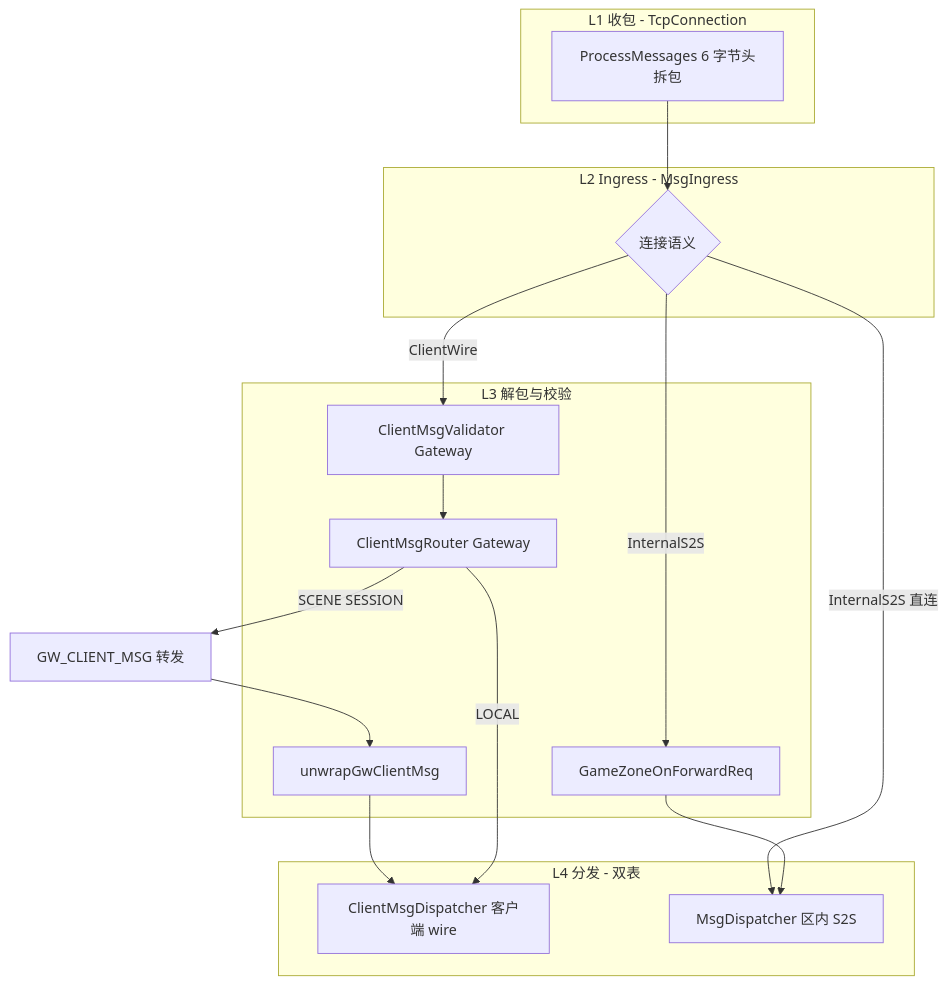
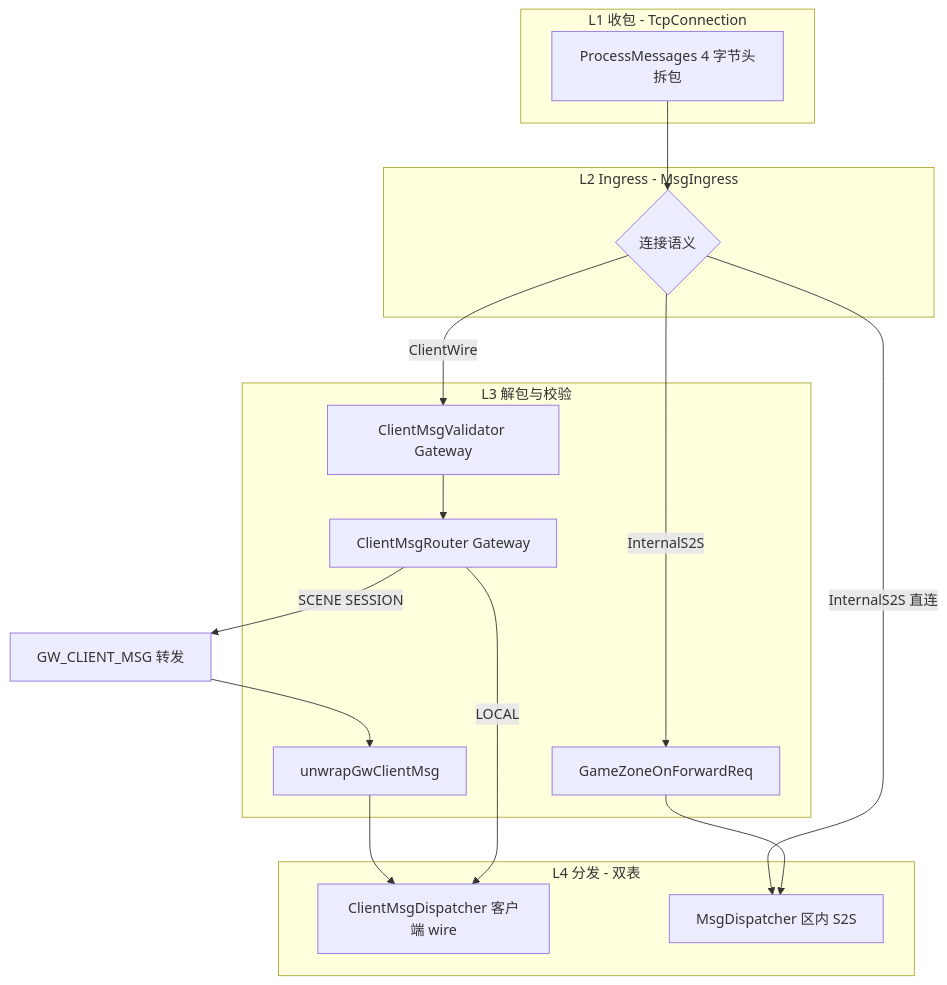
One commit to hechuangguo/RPG_Server changed the third of 6 diagrams in docs/ARCHITECTURE.md. Above: the diagram before and after it, drawn with Mermaid. The commit also changed other lines of this file and 26 other files, not shown here.

````diff
--- a/docs/ARCHITECTURE.md
+++ b/docs/ARCHITECTURE.md
@@ -246,29 +246,29 @@
 ```mermaid
 flowchart TB
     subgraph L1 [L1 收包 - TcpConnection]
-        Tcp[ProcessMessages 6 字节头拆包]
+        Tcp[ProcessMessages 4 字节头拆包]
     end
     subgraph L2 [L2 Ingress - MsgIngress]
         Kind{连接语义}
     end
     subgraph L3 [L3 解包与校验]
         Val[ClientMsgValidator Gateway]
         Route[ClientMsgRouter Gateway]
         GwUnwrap[unwrapGwClientMsg]
         GzFwd[GameZoneOnForwardReq]
     end
     subgraph L4 [L4 分发 - 双表]
         ClientD[ClientMsgDispatcher 客户端 wire]
         InternalD[MsgDispatcher 区内 S2S]
     end
     Tcp --> Kind
     Kind -->|ClientWire| Val
     Val --> Route
     Route -->|LOCAL| ClientD
     Route -->|SCENE SESSION| GwRelay[GW_CLIENT_MSG 转发]
     Kind -->|InternalS2S| GzFwd
     GzFwd --> InternalD
     Kind -->|InternalS2S 直连| InternalD
     GwRelay --> GwUnwrap
     GwUnwrap --> ClientD
 ```
````
